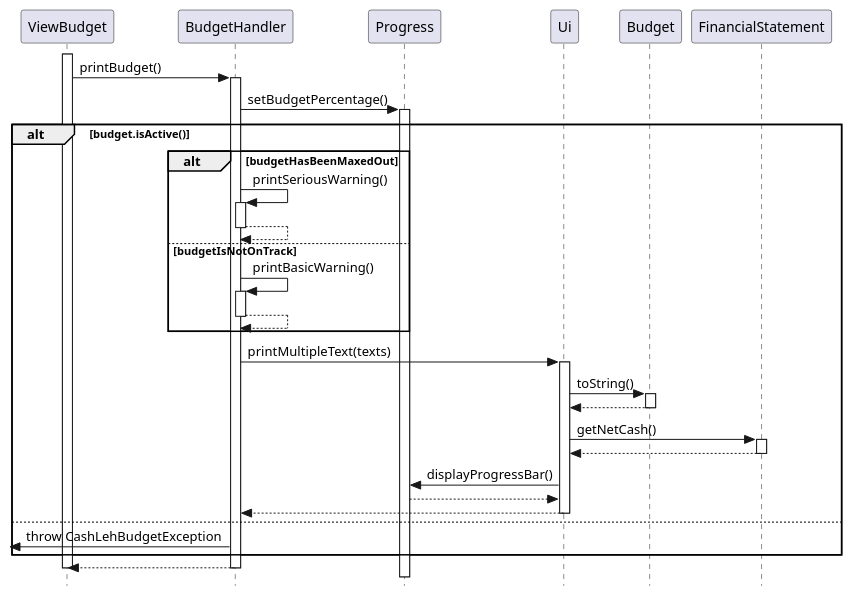
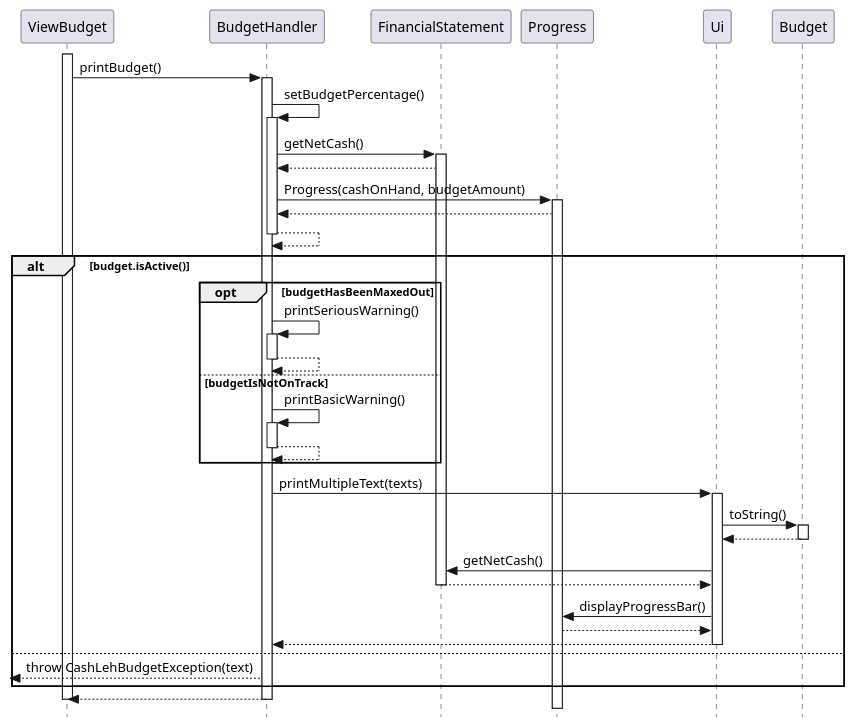
One commit to nus-cs2113-AY2324S1/tp changed the diagram in docs/uml/budgetHandler_sequenceDiagram.puml. Above: the diagram before and after it, drawn with PlantUML. The commit also changed 1 other file, not shown here.

Commit message:
Update budgetHandler_sequenceDiagram

```diff
--- a/docs/uml/budgetHandler_sequenceDiagram.puml
+++ b/docs/uml/budgetHandler_sequenceDiagram.puml
@@ -1,52 +1,63 @@
 @startuml
 
 skinparam Style strictuml
 
 activate ViewBudget
 ViewBudget -> BudgetHandler: printBudget()
 activate BudgetHandler
 
+BudgetHandler -> BudgetHandler: setBudgetPercentage()
+activate BudgetHandler
+BudgetHandler -> FinancialStatement: getNetCash()
+activate FinancialStatement
+FinancialStatement --> BudgetHandler
 
-BudgetHandler -> Progress: setBudgetPercentage()
+BudgetHandler -> Progress: Progress(cashOnHand, budgetAmount)
 activate Progress
+Progress --> BudgetHandler
+BudgetHandler --> BudgetHandler
+deactivate BudgetHandler
 
 
 alt budget.isActive()
 
-alt budgetHasBeenMaxedOut
-BudgetHandler -> BudgetHandler: printSeriousWarning()
-activate BudgetHandler
-BudgetHandler --> BudgetHandler
-deactivate BudgetHandler
-else budgetIsNotOnTrack
-BudgetHandler -> BudgetHandler: printBasicWarning()
-activate BudgetHandler
-BudgetHandler --> BudgetHandler
-deactivate BudgetHandler
-end
+    opt budgetHasBeenMaxedOut
+        BudgetHandler -> BudgetHandler: printSeriousWarning()
+        activate BudgetHandler
+        BudgetHandler --> BudgetHandler
+        deactivate BudgetHandler
+
+    else budgetIsNotOnTrack
+        BudgetHandler -> BudgetHandler: printBasicWarning()
+        activate BudgetHandler
+        BudgetHandler --> BudgetHandler
+        deactivate BudgetHandler
+    end
 
 
-BudgetHandler -> Ui: printMultipleText(texts)
-activate Ui
+    BudgetHandler -> Ui: printMultipleText(texts)
+    activate Ui
 
-Ui -> Budget: toString()
-activate Budget
-Budget --> Ui
-deactivate Budget
+    Ui -> Budget: toString()
+    activate Budget
+    Budget --> Ui
+    deactivate Budget
 
-Ui -> FinancialStatement: getNetCash()
-activate FinancialStatement
-FinancialStatement --> Ui
-deactivate FinancialStatement
-Ui -> Progress: displayProgressBar()
-Progress --> Ui
-Ui --> BudgetHandler
-deactivate Ui
+    Ui -> FinancialStatement: getNetCash()
+
+    FinancialStatement --> Ui
+    deactivate FinancialStatement
+    Ui -> Progress: displayProgressBar()
+    Progress --> Ui
+    Ui --> BudgetHandler
+    deactivate Ui
+
 else
-<- BudgetHandler: throw CashLehBudgetException
+    <--BudgetHandler: throw CashLehBudgetException(text)
+
 end
 BudgetHandler --> ViewBudget
 deactivate ViewBudget
 deactivate BudgetHandler
 
 @enduml
```
